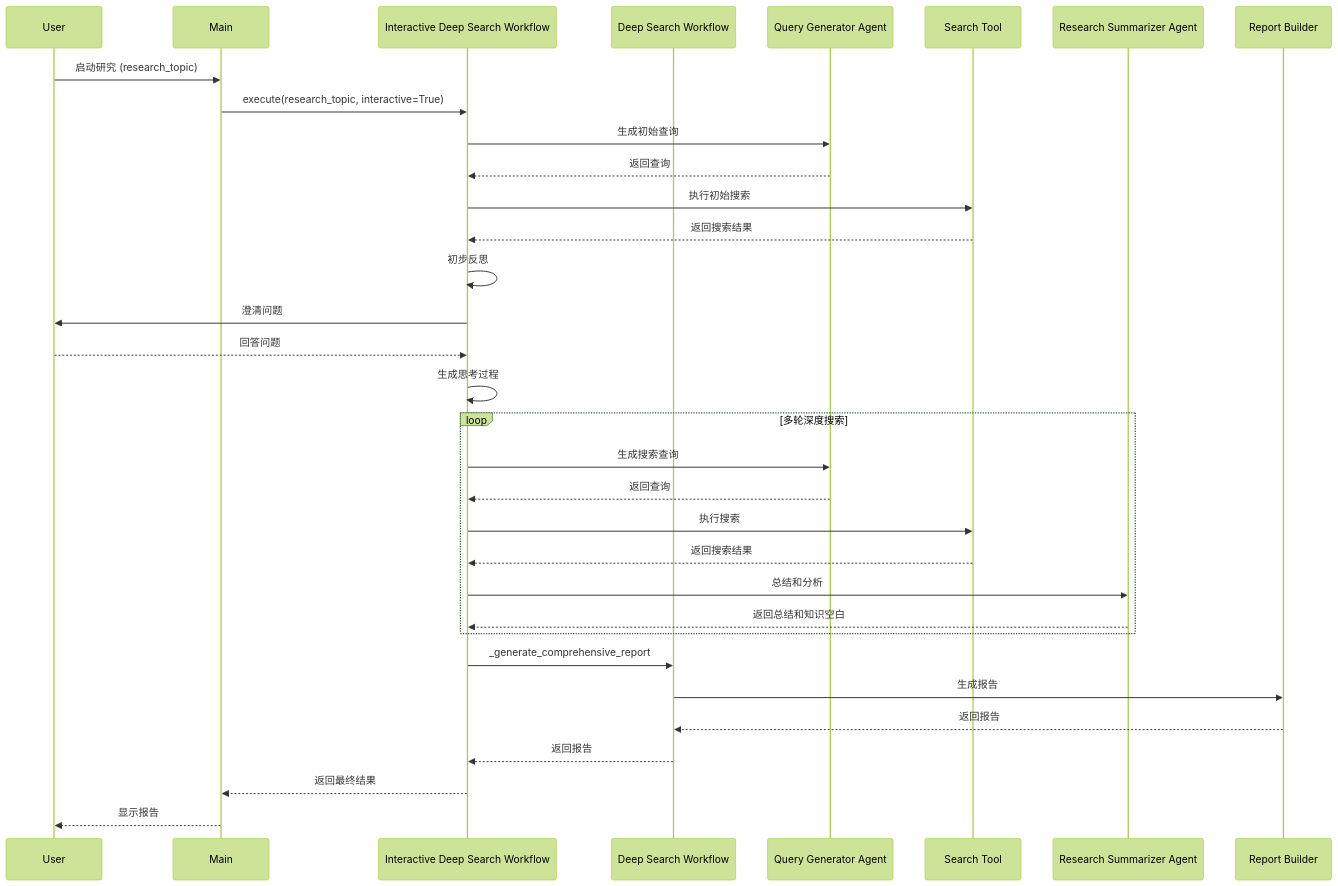
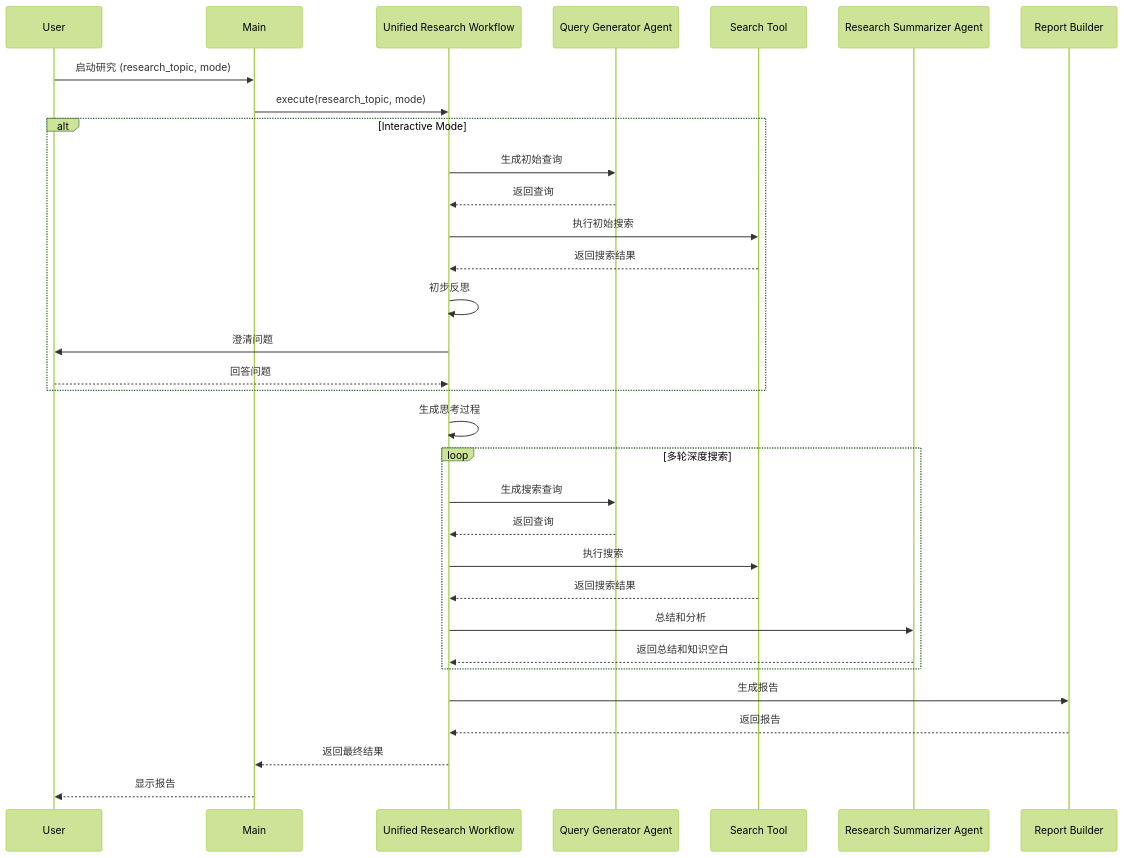
Before and after one commit to DemonDamon/AgenticDeepResearcher: the second of 2 diagrams in README.md, drawn with Mermaid (forest theme). The commit also changed other lines of this file, not shown here.

Commit message:
init commit

````diff
--- a/README.md
+++ b/README.md
@@ -161,36 +153,35 @@
 ```mermaid
 sequenceDiagram
     participant User
     participant Main
-    participant InteractiveWorkflow as Interactive Deep Search Workflow
-    participant DeepWorkflow as Deep Search Workflow
+    participant UnifiedWorkflow as Unified Research Workflow
     participant QueryGenerator as Query Generator Agent
     participant SearchTool as Search Tool
     participant Summarizer as Research Summarizer Agent
     participant ReportBuilder as Report Builder
 
-    User->>Main: 启动研究 (research_topic)
-    Main->>InteractiveWorkflow: execute(research_topic, interactive=True)
-    InteractiveWorkflow->>QueryGenerator: 生成初始查询
-    QueryGenerator-->>InteractiveWorkflow: 返回查询
-    InteractiveWorkflow->>SearchTool: 执行初始搜索
-    SearchTool-->>InteractiveWorkflow: 返回搜索结果
-    InteractiveWorkflow->>InteractiveWorkflow: 初步反思
-    InteractiveWorkflow->>User: 澄清问题
-    User-->>InteractiveWorkflow: 回答问题
-    InteractiveWorkflow->>InteractiveWorkflow: 生成思考过程
+    User->>Main: 启动研究 (research_topic, mode)
+    Main->>UnifiedWorkflow: execute(research_topic, mode)
+    alt Interactive Mode
+        UnifiedWorkflow->>QueryGenerator: 生成初始查询
+        QueryGenerator-->>UnifiedWorkflow: 返回查询
+        UnifiedWorkflow->>SearchTool: 执行初始搜索
+        SearchTool-->>UnifiedWorkflow: 返回搜索结果
+        UnifiedWorkflow->>UnifiedWorkflow: 初步反思
+        UnifiedWorkflow->>User: 澄清问题
+        User-->>UnifiedWorkflow: 回答问题
+    end
+    UnifiedWorkflow->>UnifiedWorkflow: 生成思考过程
     loop 多轮深度搜索
-        InteractiveWorkflow->>QueryGenerator: 生成搜索查询
-        QueryGenerator-->>InteractiveWorkflow: 返回查询
-        InteractiveWorkflow->>SearchTool: 执行搜索
-        SearchTool-->>InteractiveWorkflow: 返回搜索结果
-        InteractiveWorkflow->>Summarizer: 总结和分析
-        Summarizer-->>InteractiveWorkflow: 返回总结和知识空白
+        UnifiedWorkflow->>QueryGenerator: 生成搜索查询
+        QueryGenerator-->>UnifiedWorkflow: 返回查询
+        UnifiedWorkflow->>SearchTool: 执行搜索
+        SearchTool-->>UnifiedWorkflow: 返回搜索结果
+        UnifiedWorkflow->>Summarizer: 总结和分析
+        Summarizer-->>UnifiedWorkflow: 返回总结和知识空白
     end
-    InteractiveWorkflow->>DeepWorkflow: _generate_comprehensive_report
-    DeepWorkflow->>ReportBuilder: 生成报告
-    ReportBuilder-->>DeepWorkflow: 返回报告
-    DeepWorkflow-->>InteractiveWorkflow: 返回报告
-    InteractiveWorkflow-->>Main: 返回最终结果
+    UnifiedWorkflow->>ReportBuilder: 生成报告
+    ReportBuilder-->>UnifiedWorkflow: 返回报告
+    UnifiedWorkflow-->>Main: 返回最终结果
     Main-->>User: 显示报告
 ```
````
